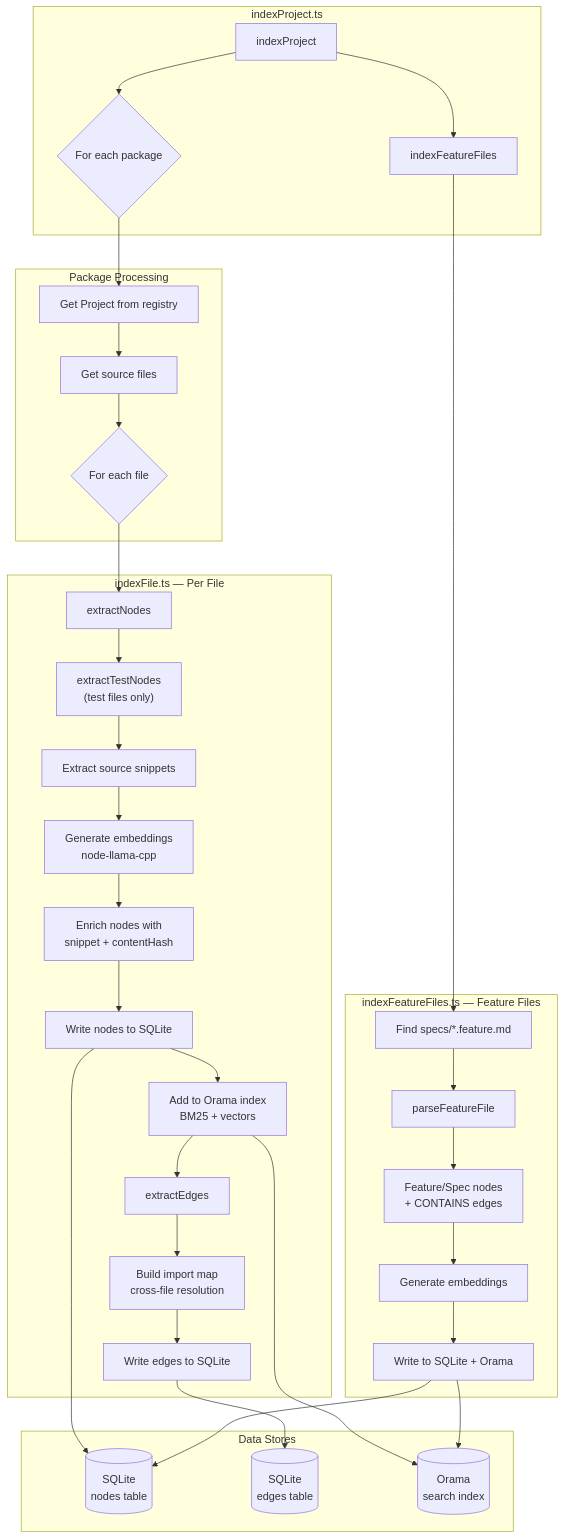
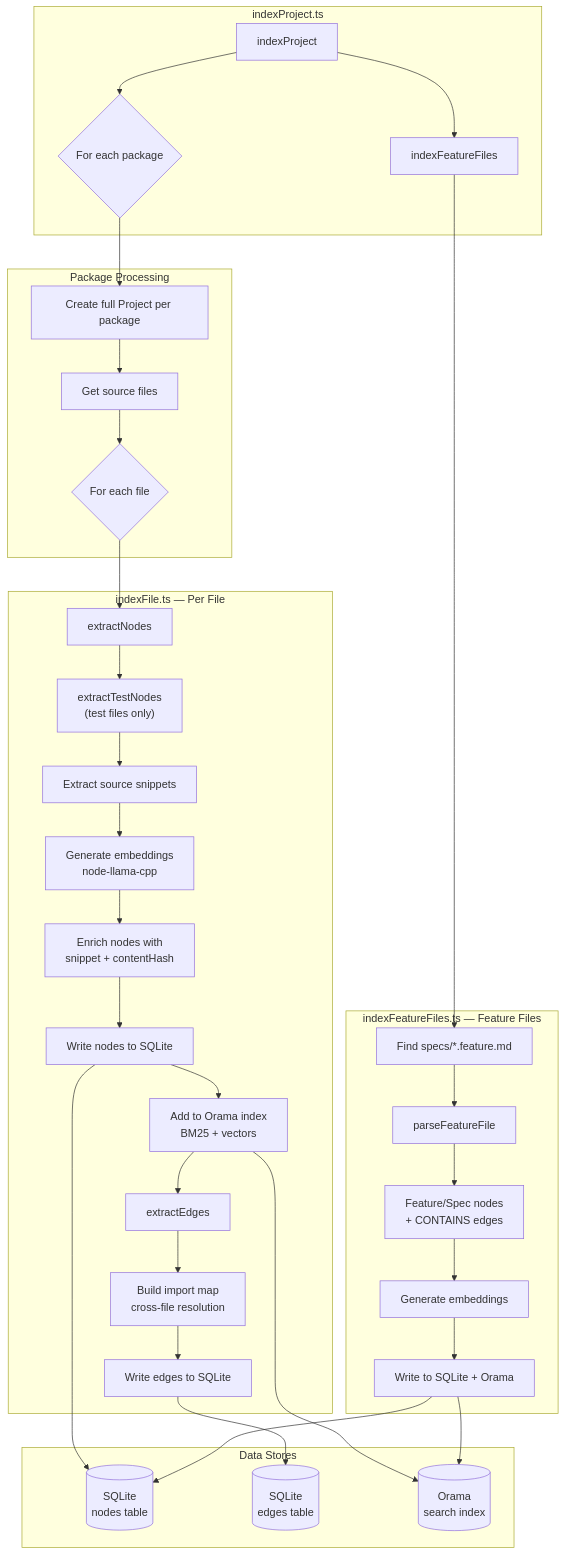
Before and after one commit to couzic/ts-graph-mcp: the second of 2 diagrams in ARCHITECTURE.md, drawn with Mermaid. The commit also changed other lines of this file and 17 other files, not shown here.

First line of the commit message:
feat(indexing): lazy ProjectRegistry for memory-efficient cross-package resolution

````diff
--- a/ARCHITECTURE.md
+++ b/ARCHITECTURE.md
@@ -170,42 +180,42 @@
 ```mermaid
 flowchart TD
     subgraph Entry["indexProject.ts"]
         A[indexProject] --> FF[indexFeatureFiles]
         A --> B{For each package}
     end
 
     subgraph FeatureFiles["indexFeatureFiles.ts — Feature Files"]
         FF --> FF1[Find specs/*.feature.md]
         FF1 --> FF2[parseFeatureFile]
         FF2 --> FF3[Feature/Spec nodes<br/>+ CONTAINS edges]
         FF3 --> FF4[Generate embeddings]
         FF4 --> FF5[Write to SQLite + Orama]
     end
 
     subgraph Package["Package Processing"]
-        B --> C[Get Project from registry]
+        B --> C[Create full Project per package]
         C --> D[Get source files]
         D --> E{For each file}
     end
 
     subgraph File["indexFile.ts — Per File"]
         E --> F[extractNodes]
         F --> TN["extractTestNodes<br/>(test files only)"]
         TN --> H[Extract source snippets]
         H --> I[Generate embeddings<br/>node-llama-cpp]
         I --> EN[Enrich nodes with<br/>snippet + contentHash]
         EN --> G[Write nodes to SQLite]
         G --> J[Add to Orama index<br/>BM25 + vectors]
         J --> O[extractEdges]
         O --> P[Build import map<br/>cross-file resolution]
         P --> Q[Write edges to SQLite]
     end
 
     subgraph Storage["Data Stores"]
         G --> DB[(SQLite<br/>nodes table)]
         Q --> DB2[(SQLite<br/>edges table)]
         J --> SI[(Orama<br/>search index)]
         FF5 --> DB
         FF5 --> SI
     end
 ```
````
